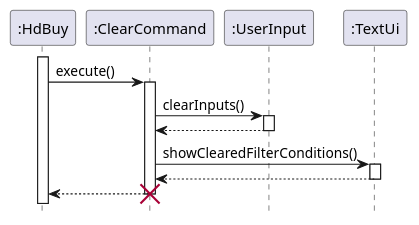
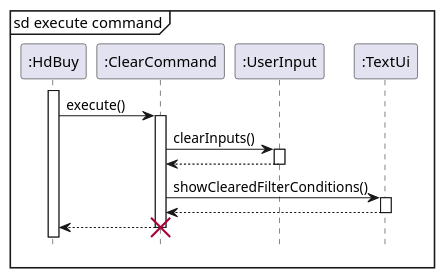
Before and after one commit to nus-cs2113-AY2021S1/tp: the diagram in docs/diagrams/ClearCommand.puml, drawn with PlantUML. The commit also changed 3 other files, not shown here.

```diff
--- a/docs/diagrams/ClearCommand.puml
+++ b/docs/diagrams/ClearCommand.puml
@@ -1,19 +1,21 @@
 @startuml
 'https://plantuml.com/sequence-diagram
 
 hide footbox
 
+mainframe sd execute command
 activate ":HdBuy"
 ":HdBuy" -> ":ClearCommand": execute()
         activate ":ClearCommand"
         ":ClearCommand" -> ":UserInput": clearInputs()
         activate ":UserInput"
         ":ClearCommand" <-- ":UserInput"
         deactivate ":UserInput"
         ":ClearCommand" -> ":TextUi": showClearedFilterConditions()
         activate ":TextUi"
         ":ClearCommand" <-- ":TextUi"
         deactivate ":TextUi"
         ":HdBuy" <-- ":ClearCommand"
         destroy ":ClearCommand"
+
 @enduml
```
